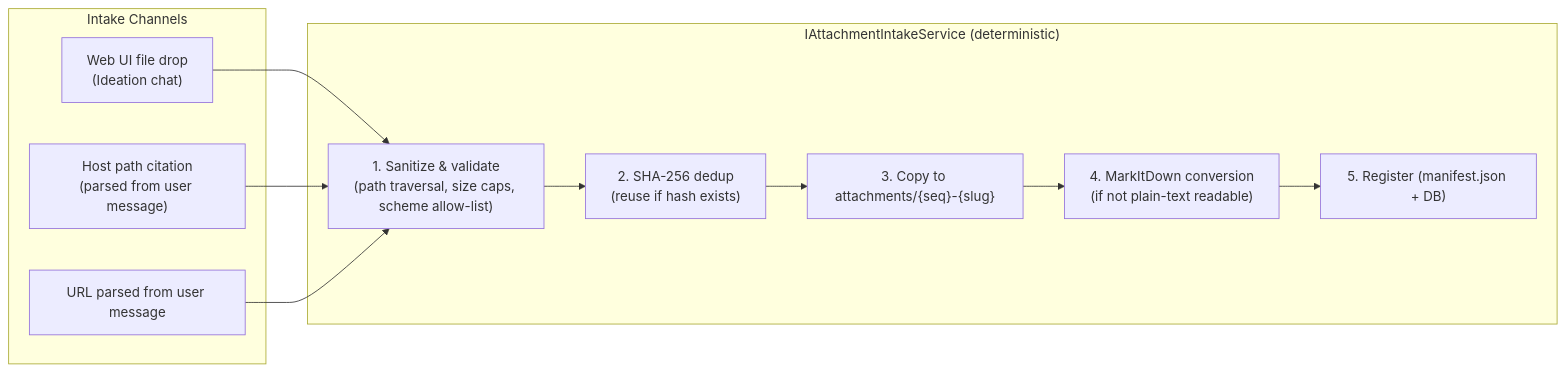
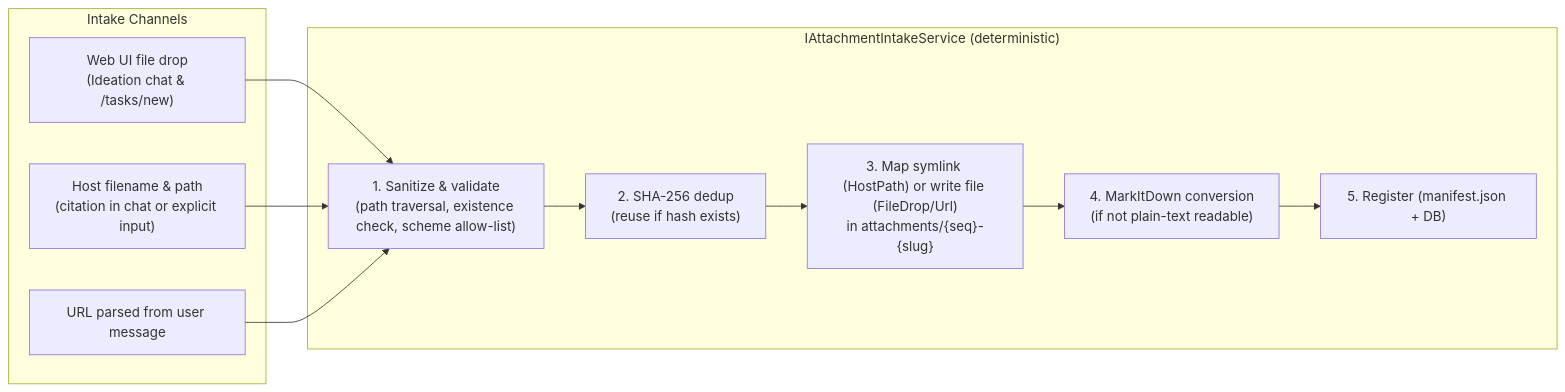
The diagram in docs/plan/phase-12/STEP_12_2_TASK_ATTACHMENTS_AND_CONTEXT_DOCS.md (jetelain/NightCodeForge), drawn with Mermaid before and after one commit. The commit also changed other lines of this file and 6 other files, not shown here.

````diff
--- a/docs/plan/phase-12/STEP_12_2_TASK_ATTACHMENTS_AND_CONTEXT_DOCS.md
+++ b/docs/plan/phase-12/STEP_12_2_TASK_ATTACHMENTS_AND_CONTEXT_DOCS.md
@@ -79,21 +95,21 @@
 ```mermaid
 flowchart LR
     subgraph Channels ["Intake Channels"]
-        Drop["Web UI file drop<br/>(Ideation chat)"]
-        Cite["Host path citation<br/>(parsed from user message)"]
+        Drop["Web UI file drop<br/>(Ideation chat & /tasks/new)"]
+        Cite["Host filename & path<br/>(citation in chat or explicit input)"]
         Url["URL parsed from user message"]
     end
 
     subgraph Intake ["IAttachmentIntakeService (deterministic)"]
-        Sanitize["1. Sanitize & validate<br/>(path traversal, size caps, scheme allow-list)"]
+        Sanitize["1. Sanitize & validate<br/>(path traversal, existence check, scheme allow-list)"]
         Hash["2. SHA-256 dedup<br/>(reuse if hash exists)"]
-        Copy["3. Copy to attachments/{seq}-{slug}"]
+        Store["3. Map symlink (HostPath) or write file (FileDrop/Url)<br/>in attachments/{seq}-{slug}"]
         Convert["4. MarkItDown conversion<br/>(if not plain-text readable)"]
         Registry["5. Register (manifest.json + DB)"]
     end
 
     Drop --> Sanitize
     Cite --> Sanitize
     Url --> Sanitize
-    Sanitize --> Hash --> Copy --> Convert --> Registry
+    Sanitize --> Hash --> Store --> Convert --> Registry
 ```
````
